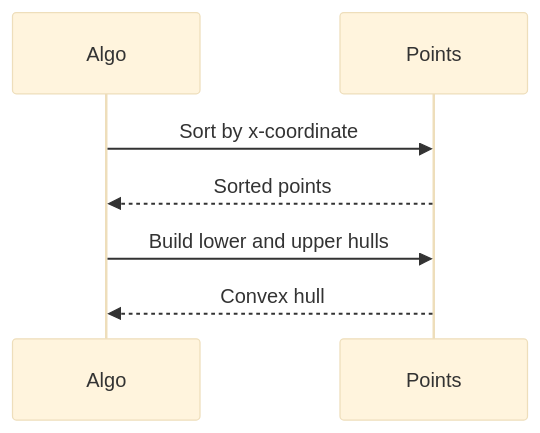
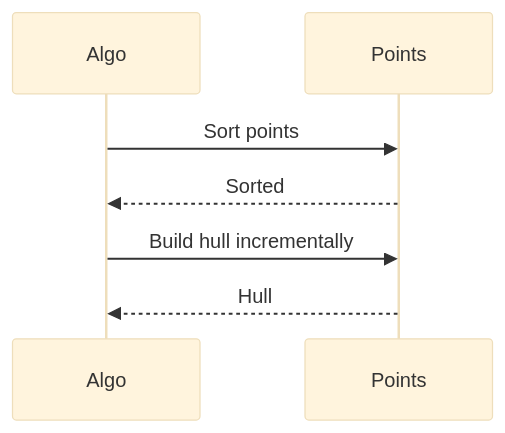
Before and after one commit to VrushankPatel/interview-matters: the diagram in algorithms/computational-geometry/README.md, drawn with Mermaid (base theme). The commit also changed other lines of this file and 8 other files, not shown here.

````diff
--- a/algorithms/computational-geometry/README.md
+++ b/algorithms/computational-geometry/README.md
@@ -63,9 +98,9 @@
 ```mermaid
 sequenceDiagram
     participant Algo
     participant Points
-    Algo->>Points: Sort by x-coordinate
-    Points-->>Algo: Sorted points
-    Algo->>Points: Build lower and upper hulls
-    Points-->>Algo: Convex hull
+    Algo->>Points: Sort points
+    Points-->>Algo: Sorted
+    Algo->>Points: Build hull incrementally
+    Points-->>Algo: Hull
 ```
````
